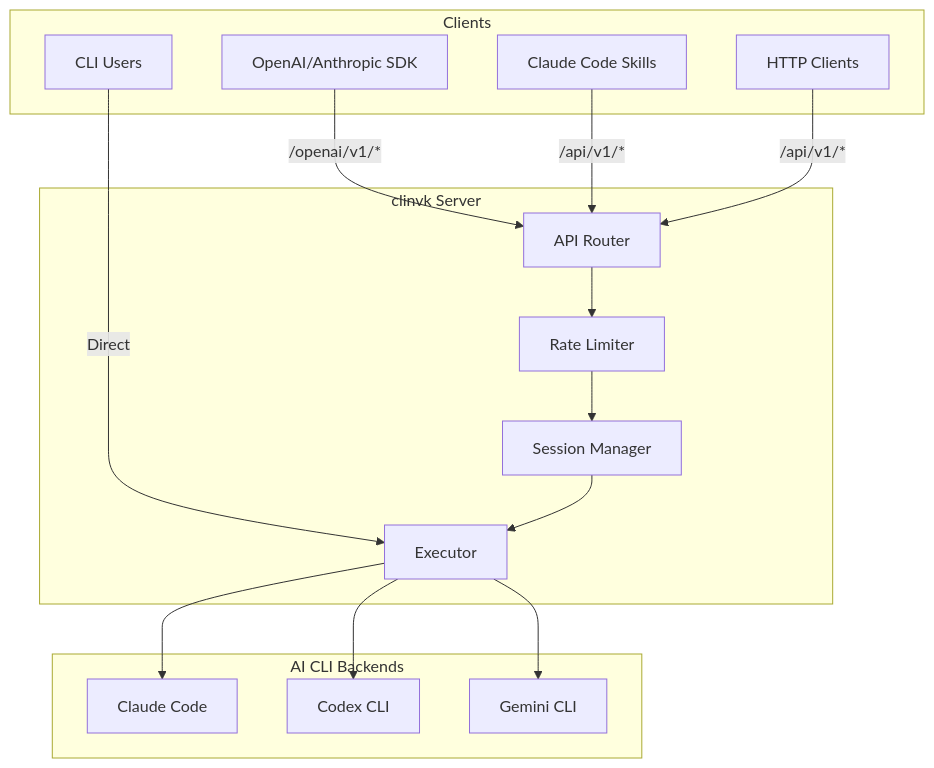
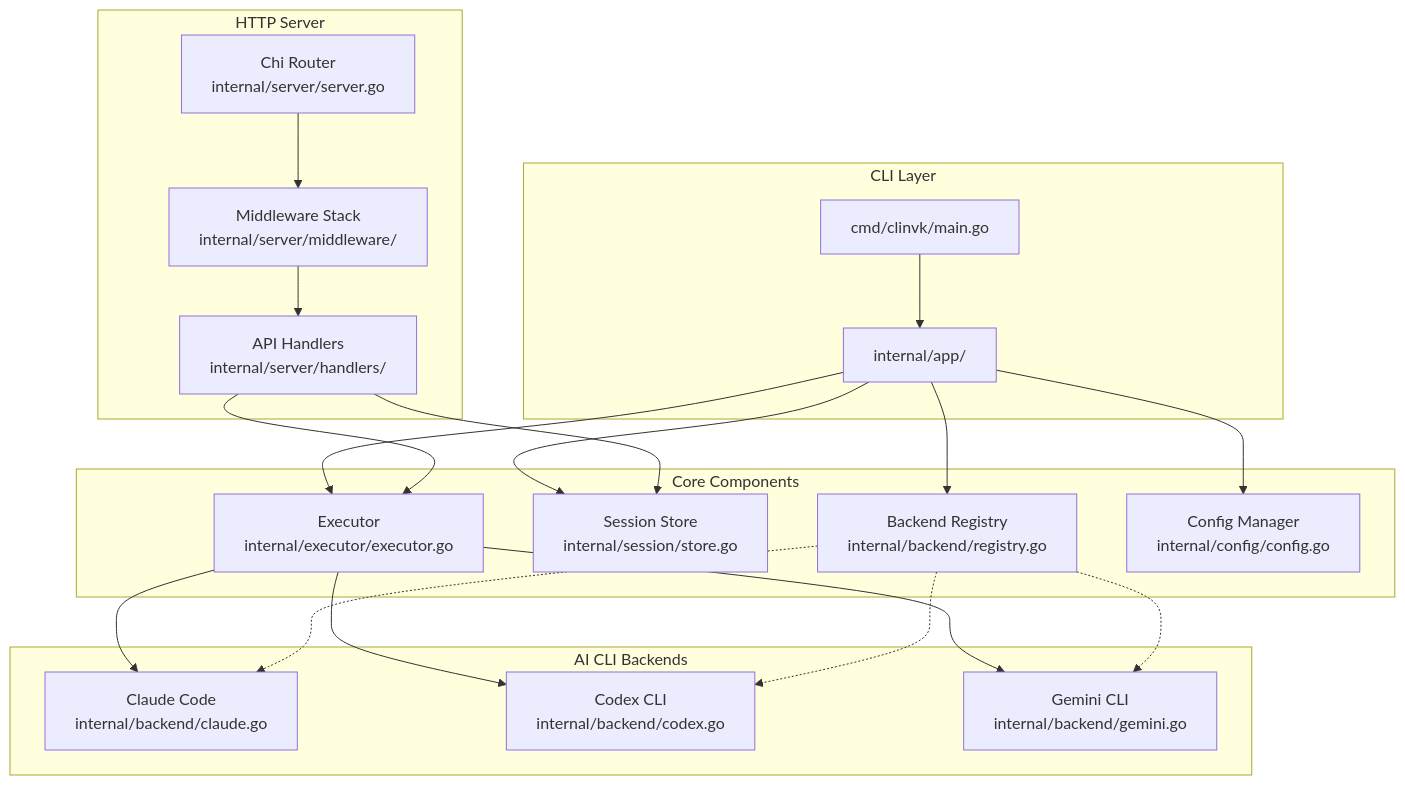
One commit to signalridge/clinvoker changed the diagram in docs/index.md. Above: the diagram before and after it, drawn with Mermaid. The commit also changed other lines of this file and 227 other files, not shown here.

````diff
--- a/docs/index.md
+++ b/docs/index.md
@@ -163,34 +24,45 @@
 ```mermaid
 flowchart TB
-    subgraph Clients["Clients"]
-        SDK[OpenAI/Anthropic SDK]
-        SKILL[Claude Code Skills]
-        CLI[CLI Users]
-        API[HTTP Clients]
+    subgraph CLI["CLI Layer"]
+        MAIN["cmd/clinvk/main.go"]
+        APP["internal/app/"]
     end
 
-    subgraph clinvk["clinvk Server"]
-        ROUTER[API Router]
-        SESSION[Session Manager]
-        EXEC[Executor]
-        RATE[Rate Limiter]
+    subgraph CORE["Core Components"]
+        REG["Backend Registry<br/>internal/backend/registry.go"]
+        SESS["Session Store<br/>internal/session/store.go"]
+        EXEC["Executor<br/>internal/executor/executor.go"]
+        CFG["Config Manager<br/>internal/config/config.go"]
     end
 
-    subgraph Backends["AI CLI Backends"]
-        CLAUDE[Claude Code]
-        CODEX[Codex CLI]
-        GEMINI[Gemini CLI]
+    subgraph HTTP["HTTP Server"]
+        ROUTER["Chi Router<br/>internal/server/server.go"]
+        MW["Middleware Stack<br/>internal/server/middleware/"]
+        HANDLERS["API Handlers<br/>internal/server/handlers/"]
     end
 
-    SDK -->|/openai/v1/*| ROUTER
-    SKILL -->|/api/v1/*| ROUTER
-    CLI -->|Direct| EXEC
-    API -->|/api/v1/*| ROUTER
+    subgraph BACKENDS["AI CLI Backends"]
+        CLAUDE["Claude Code<br/>internal/backend/claude.go"]
+        CODEX["Codex CLI<br/>internal/backend/codex.go"]
+        GEMINI["Gemini CLI<br/>internal/backend/gemini.go"]
+    end
 
-    ROUTER --> RATE
-    RATE --> SESSION
-    SESSION --> EXEC
+    MAIN --> APP
+    APP --> REG
+    APP --> SESS
+    APP --> EXEC
+    APP --> CFG
+
+    ROUTER --> MW
+    MW --> HANDLERS
+    HANDLERS --> EXEC
+    HANDLERS --> SESS
+
     EXEC --> CLAUDE
     EXEC --> CODEX
     EXEC --> GEMINI
+
+    REG -.-> CLAUDE
+    REG -.-> CODEX
+    REG -.-> GEMINI
 ```
````
